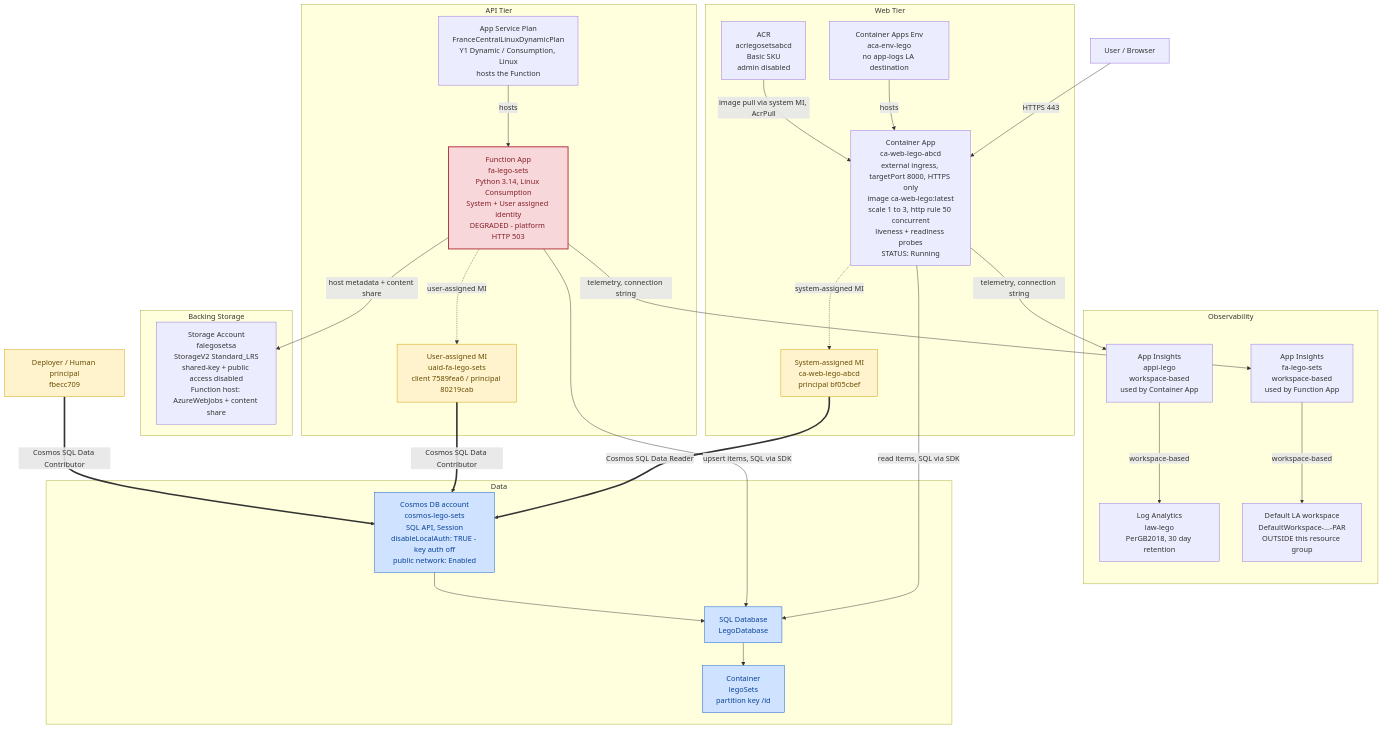
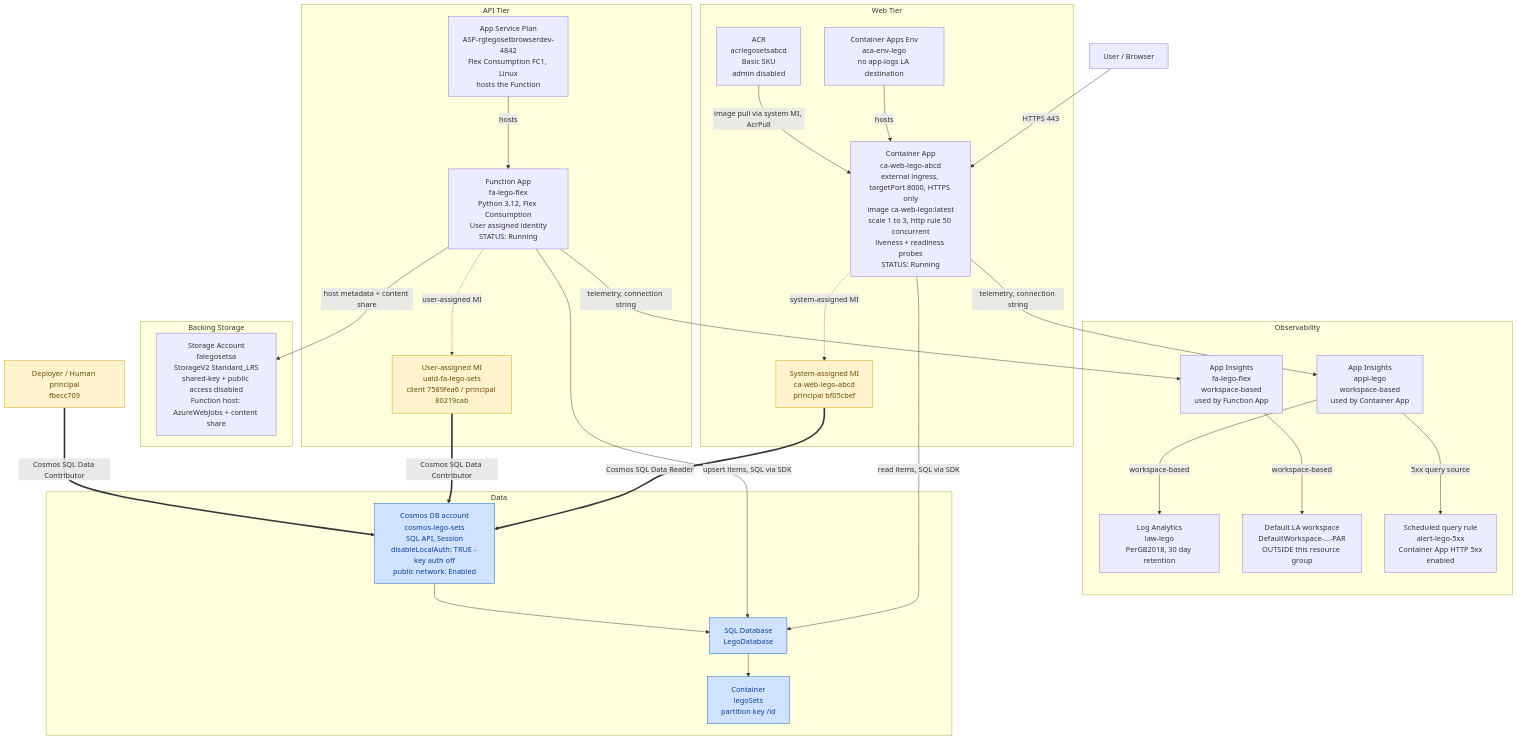
The diagram in docs/architecture.md (Mtettey29/lego-set-browser), drawn with Mermaid before and after one commit. The commit also changed other lines of this file, not shown here.

Commit message:
Update architecture diagram for fa-lego-flex and post-cleanup state

````diff
--- a/docs/architecture.md
+++ b/docs/architecture.md
@@ -25,70 +24,70 @@
 ```mermaid
 graph TB
     user["User / Browser"]
     deployer["Deployer / Human principal<br/>fbecc709"]
 
     subgraph WEB["Web Tier"]
         acr["ACR<br/>acrlegosetsabcd<br/>Basic SKU<br/>admin disabled"]
         acaenv["Container Apps Env<br/>aca-env-lego<br/>no app-logs LA destination"]
         ca["Container App<br/>ca-web-lego-abcd<br/>external ingress, targetPort 8000, HTTPS only<br/>image ca-web-lego:latest<br/>scale 1 to 3, http rule 50 concurrent<br/>liveness + readiness probes<br/>STATUS: Running"]
         casi["System-assigned MI<br/>ca-web-lego-abcd<br/>principal bf05cbef"]
     end
 
     subgraph API["API Tier"]
-        plan["App Service Plan<br/>FranceCentralLinuxDynamicPlan<br/>Y1 Dynamic / Consumption, Linux<br/>hosts the Function"]
-        fa["Function App<br/>fa-lego-sets<br/>Python 3.14, Linux Consumption<br/>System + User assigned identity<br/>DEGRADED - platform HTTP 503"]
+        plan["App Service Plan<br/>ASP-rglegosetbrowserdev-4842<br/>Flex Consumption FC1, Linux<br/>hosts the Function"]
+        fa["Function App<br/>fa-lego-flex<br/>Python 3.12, Flex Consumption<br/>User assigned identity<br/>STATUS: Running"]
         uami["User-assigned MI<br/>uaid-fa-lego-sets<br/>client 7589fea6 / principal 80219cab"]
     end
 
     subgraph STG["Backing Storage"]
         sa["Storage Account<br/>falegosetsa<br/>StorageV2 Standard_LRS<br/>shared-key + public access disabled<br/>Function host: AzureWebJobs + content share"]
     end
 
     subgraph OBS["Observability"]
         appi["App Insights<br/>appi-lego<br/>workspace-based<br/>used by Container App"]
-        faai["App Insights<br/>fa-lego-sets<br/>workspace-based<br/>used by Function App"]
+        faai["App Insights<br/>fa-lego-flex<br/>workspace-based<br/>used by Function App"]
         law["Log Analytics<br/>law-lego<br/>PerGB2018, 30 day retention"]
         deflaw["Default LA workspace<br/>DefaultWorkspace-...-PAR<br/>OUTSIDE this resource group"]
+        alert["Scheduled query rule<br/>alert-lego-5xx<br/>Container App HTTP 5xx<br/>enabled"]
     end
 
     subgraph DATA["Data"]
         cosmos["Cosmos DB account<br/>cosmos-lego-sets<br/>SQL API, Session<br/>disableLocalAuth: TRUE - key auth off<br/>public network: Enabled"]
         cdb["SQL Database<br/>LegoDatabase"]
         ccol["Container<br/>legoSets<br/>partition key /id"]
     end
 
     %% Web request path
     user -->|HTTPS 443| ca
     acaenv -->|hosts| ca
     acr -->|image pull via system MI, AcrPull| ca
     ca -. system-assigned MI .-> casi
 
     %% Read path (Container App -> Cosmos, Data Reader)
     casi ==>|Cosmos SQL Data Reader| cosmos
     ca -->|read items, SQL via SDK| cdb
 
     %% API / write path
     plan -->|hosts| fa
     fa -. user-assigned MI .-> uami
     fa -->|host metadata + content share| sa
     uami ==>|Cosmos SQL Data Contributor| cosmos
     fa -->|upsert items, SQL via SDK| cdb
     deployer ==>|Cosmos SQL Data Contributor| cosmos
 
     %% Data hierarchy
     cosmos --> cdb --> ccol
 
     %% Observability (via connection strings; no diagnostic settings exist)
     ca -->|telemetry, connection string| appi
     fa -->|telemetry, connection string| faai
     appi -->|workspace-based| law
     faai -->|workspace-based| deflaw
+    appi -->|5xx query source| alert
 
     classDef identity fill:#fff3cd,stroke:#d39e00,stroke-width:1px,color:#664d03;
     classDef data fill:#cfe2ff,stroke:#0a58ca,stroke-width:1px,color:#084298;
-    classDef degraded fill:#f8d7da,stroke:#b02a37,stroke-width:2px,color:#842029;
 
     class casi,uami,deployer identity;
     class cosmos,cdb,ccol data;
-    class fa degraded;
 ```
````
